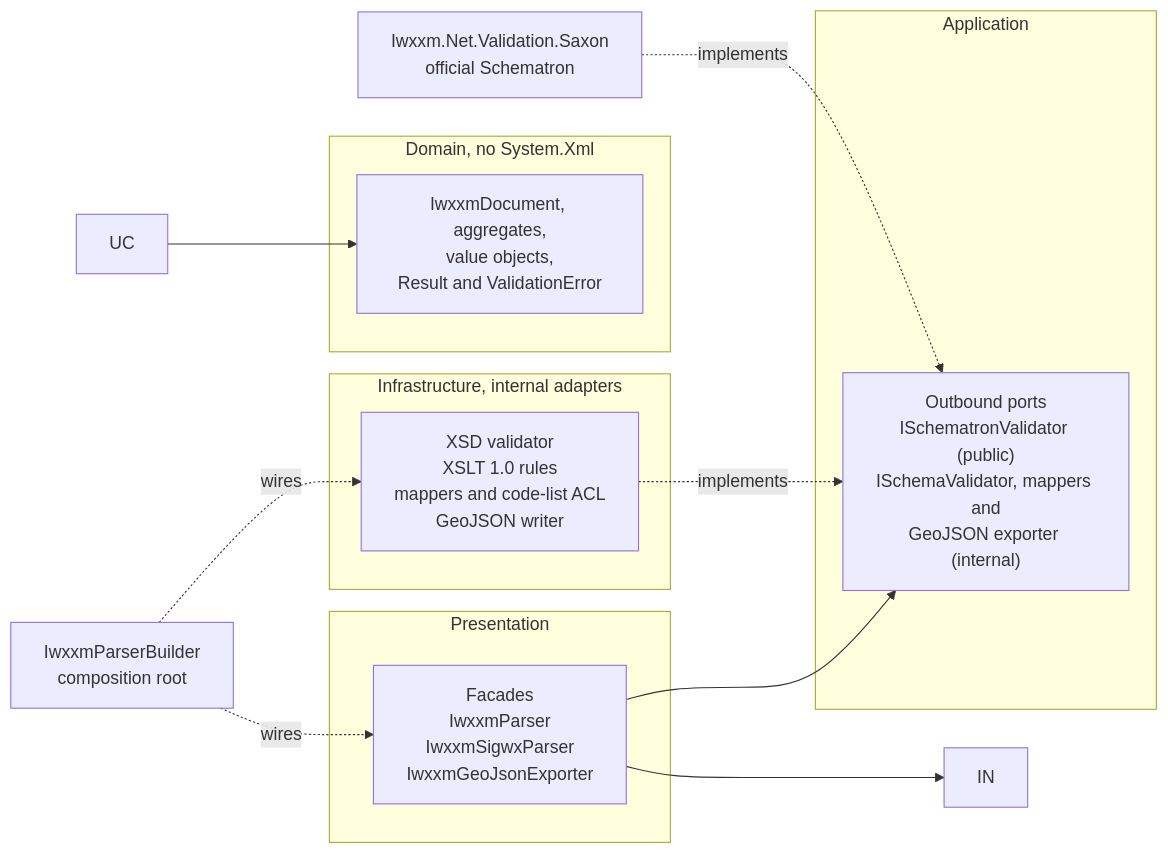
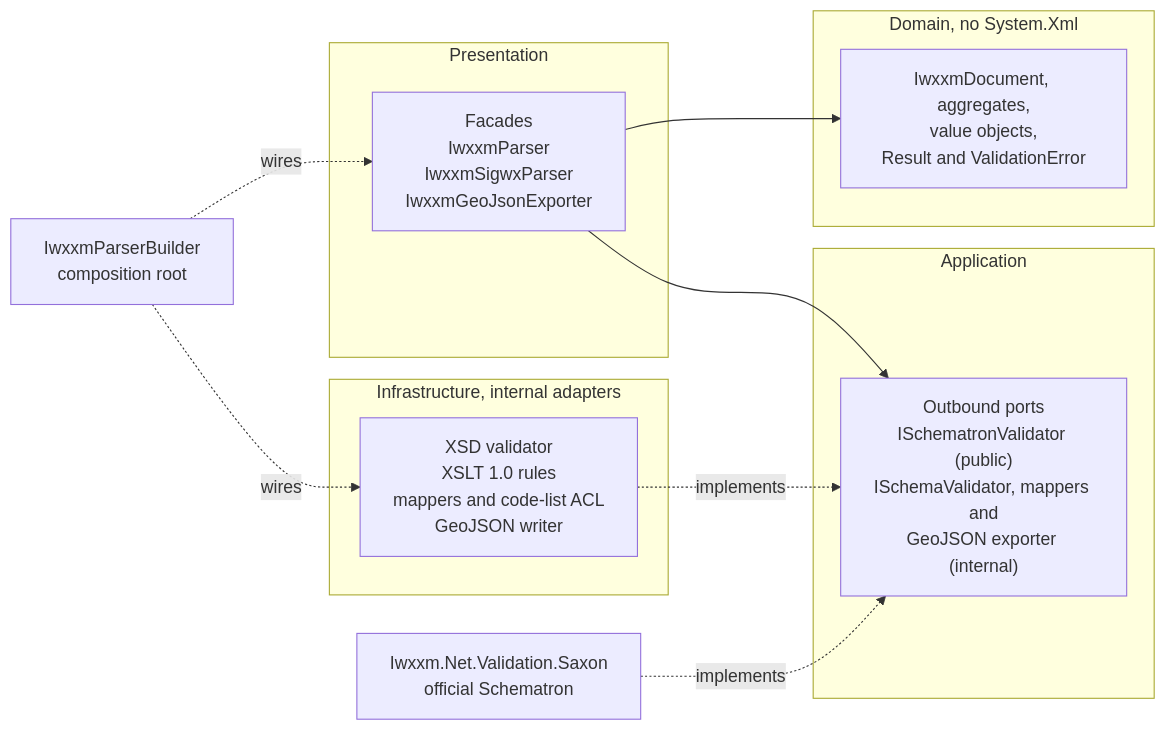
Before and after one commit to 0neTX/Iwxxm.Net: the second of 5 diagrams in docs/GUIDE.md, drawn with Mermaid. The commit also changed other lines of this file and 5 other files, not shown here.

````diff
--- a/docs/GUIDE.md
+++ b/docs/GUIDE.md
@@ -108,25 +108,24 @@
 ```mermaid
 flowchart LR
     subgraph Presentation["Presentation"]
         F["Facades<br/>IwxxmParser<br/>IwxxmSigwxParser<br/>IwxxmGeoJsonExporter"]
     end
     subgraph Application["Application"]
         OUT["Outbound ports<br/>ISchematronValidator (public)<br/>ISchemaValidator, mappers and<br/>GeoJSON exporter (internal)"]
         F --> OUT
     end
     subgraph DomainLayer["Domain, no System.Xml"]
         D["IwxxmDocument, aggregates,<br/>value objects,<br/>Result and ValidationError"]
     end
     subgraph Infrastructure["Infrastructure, internal adapters"]
         A["XSD validator<br/>XSLT 1.0 rules<br/>mappers and code-list ACL<br/>GeoJSON writer"]
     end
     SAX["Iwxxm.Net.Validation.Saxon<br/>official Schematron"]
     B["IwxxmParserBuilder<br/>composition root"]
 
-    F --> IN
-    UC --> D
+    F --> D
     A -.implements.-> OUT
     SAX -.implements.-> OUT
     B -.wires.-> F
     B -.wires.-> A
 ```
````
